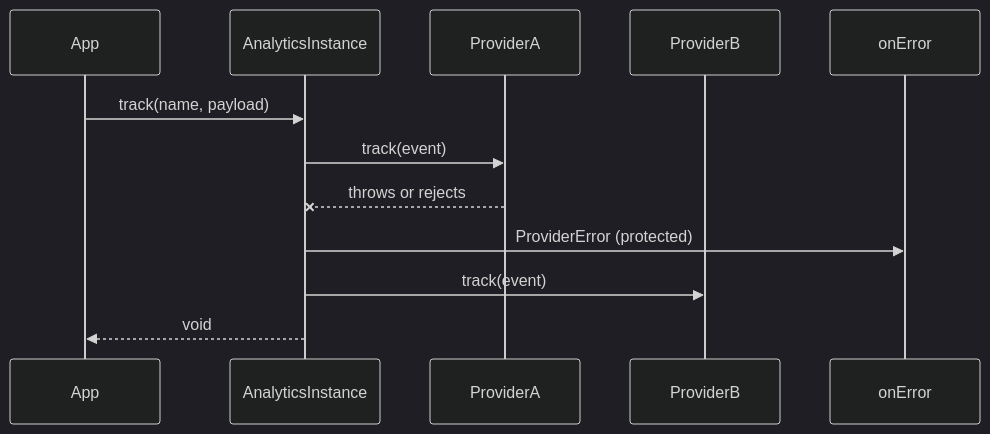
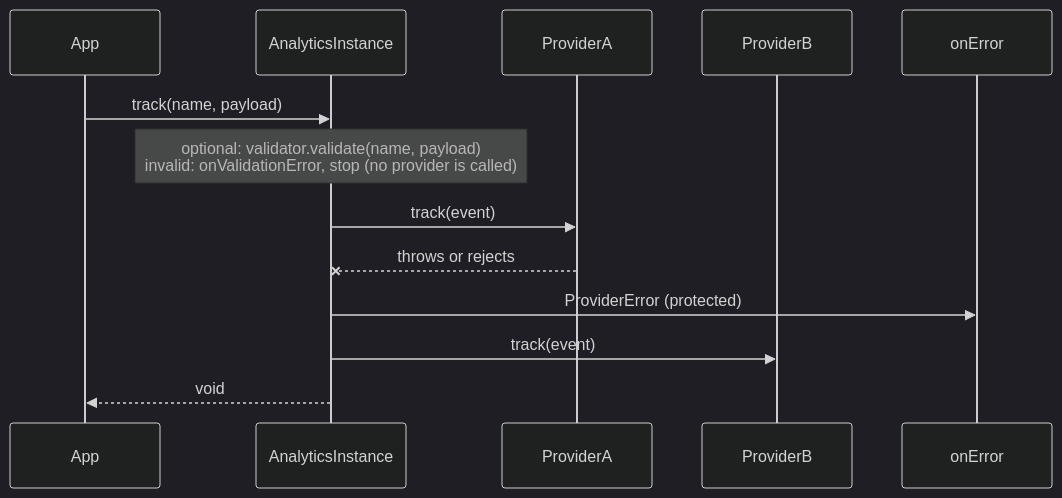
The second of 2 diagrams in ARCHITECTURE.md (gharivand/box-multi-tracker), drawn with Mermaid (dark theme) before and after one commit. The commit also changed other lines of this file and 30 other files, not shown here.

Commit message:
feat: implement optional runtime validation with Zod integration and enhance analytics event handling

````diff
--- a/ARCHITECTURE.md
+++ b/ARCHITECTURE.md
@@ -211,14 +231,15 @@
 ```mermaid
 sequenceDiagram
   participant App
   participant Instance as AnalyticsInstance
   participant ProvA as ProviderA
   participant ProvB as ProviderB
   participant Hook as onError
   App->>Instance: track(name, payload)
+  Note over Instance: optional: validator.validate(name, payload)<br/>invalid: onValidationError, stop (no provider is called)
   Instance->>ProvA: track(event)
   ProvA--xInstance: throws or rejects
   Instance->>Hook: ProviderError (protected)
   Instance->>ProvB: track(event)
   Instance-->>App: void
 ```
````
